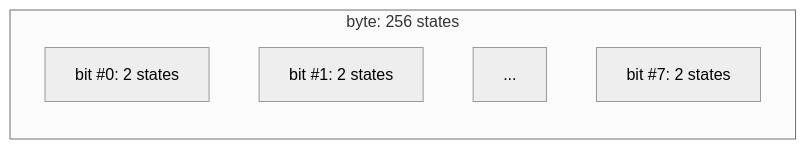
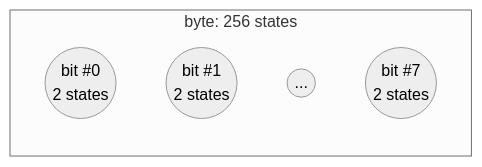
Before and after one commit to sergey-shandar/public: the first of 4 diagrams in notes/info/states.md, drawn with Mermaid (neutral theme). The commit also changed other lines of this file, not shown here.

````diff
--- a/notes/info/states.md
+++ b/notes/info/states.md
@@ -19,9 +19,9 @@
   ```mermaid
   flowchart LR
     subgraph byte: 256 states
-      0[bit #0: 2 states]
-      1[bit #1: 2 states]
-      2[...]
-      7[bit #7: 2 states]
+      0((bit #0<br>2 states))
+      1((bit #1<br>2 states))
+      2((...))
+      7((bit #7<br>2 states))
     end
   ```
````
